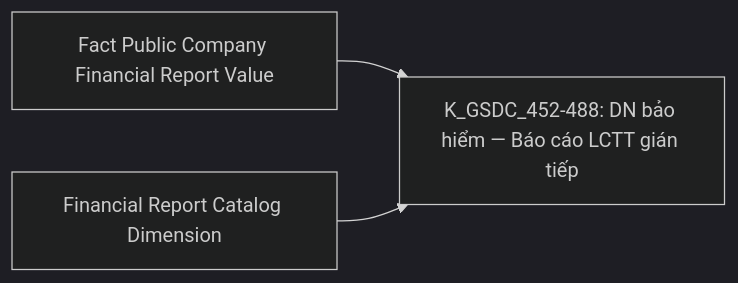
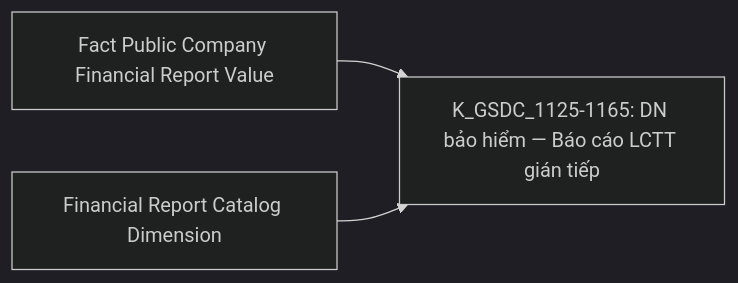
Diagram 42 of 55 in Datamart/hld/DTM_GSDC_HLD.md (linhlvit/ubck_atomic_design), drawn with Mermaid (dark theme) before and after one commit. The commit also changed other lines of this file and 2 other files, not shown here.

Commit message:
update GSDC

````diff
--- a/Datamart/hld/DTM_GSDC_HLD.md
+++ b/Datamart/hld/DTM_GSDC_HLD.md
@@ -2259,5 +2273,5 @@
 ```mermaid
 flowchart LR
-    fct_pc_fr_val_g26["Fact Public Company Financial Report Value"] --> R26["K_GSDC_452-488: DN bảo hiểm — Báo cáo LCTT gián tiếp"]
+    fct_pc_fr_val_g26["Fact Public Company Financial Report Value"] --> R26["K_GSDC_1125-1165: DN bảo hiểm — Báo cáo LCTT gián tiếp"]
     financial_rpt_catalog_dim_g26["Financial Report Catalog Dimension"] --> R26
 ```
````
